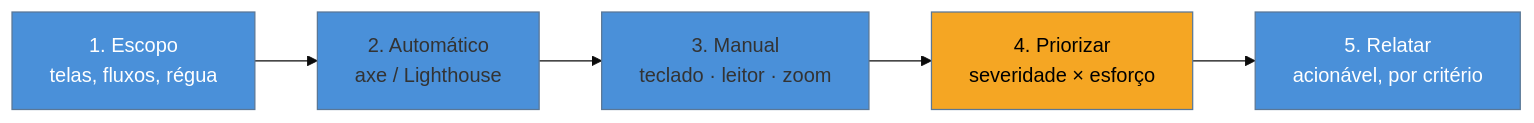
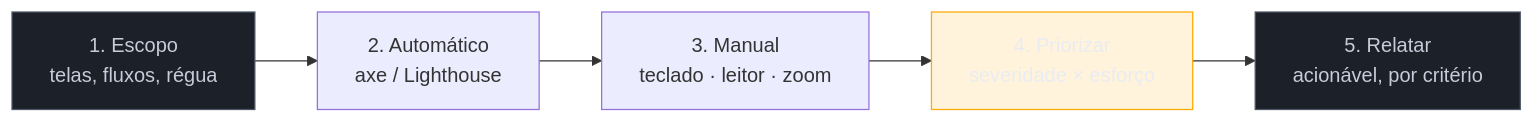
Before and after one commit to josenaldo/codex-technomanticus: the diagram in 03-Dominios/Tecnologia/Acessibilidade/Auditar e Testar/16 - Conduzir uma auditoria completa.md, drawn with Mermaid. The commit also changed 1181 other files, not shown here.

First line of the commit message:
fix(diagramas): paleta do sistema no lugar de cor cravada no markdown

````diff
--- a/03-Dominios/Tecnologia/Acessibilidade/Auditar e Testar/16 - Conduzir uma auditoria completa.md
+++ b/03-Dominios/Tecnologia/Acessibilidade/Auditar e Testar/16 - Conduzir uma auditoria completa.md
@@ -25,11 +25,12 @@
 ```mermaid
-%%{init: {"theme": "base", "themeVariables": {"primaryColor": "#4A90D9"}}}%%
 graph LR
+    classDef neutro fill:#1B2029,stroke:#4E5666,color:#C6CCD8
+    classDef destaque fill:#FFAA0024,stroke:#FFAA00,color:#E9ECF2
     E["1. Escopo<br/>telas, fluxos, régua"] --> A["2. Automático<br/>axe / Lighthouse"]
     A --> M["3. Manual<br/>teclado · leitor · zoom"]
     M --> P["4. Priorizar<br/>severidade × esforço"]
     P --> R["5. Relatar<br/>acionável, por critério"]
-    style E fill:#4A90D9,color:#fff
-    style P fill:#F5A623,color:#000
-    style R fill:#4A90D9,color:#fff
+    class E neutro
+    class P destaque
+    class R neutro
 ```
````
